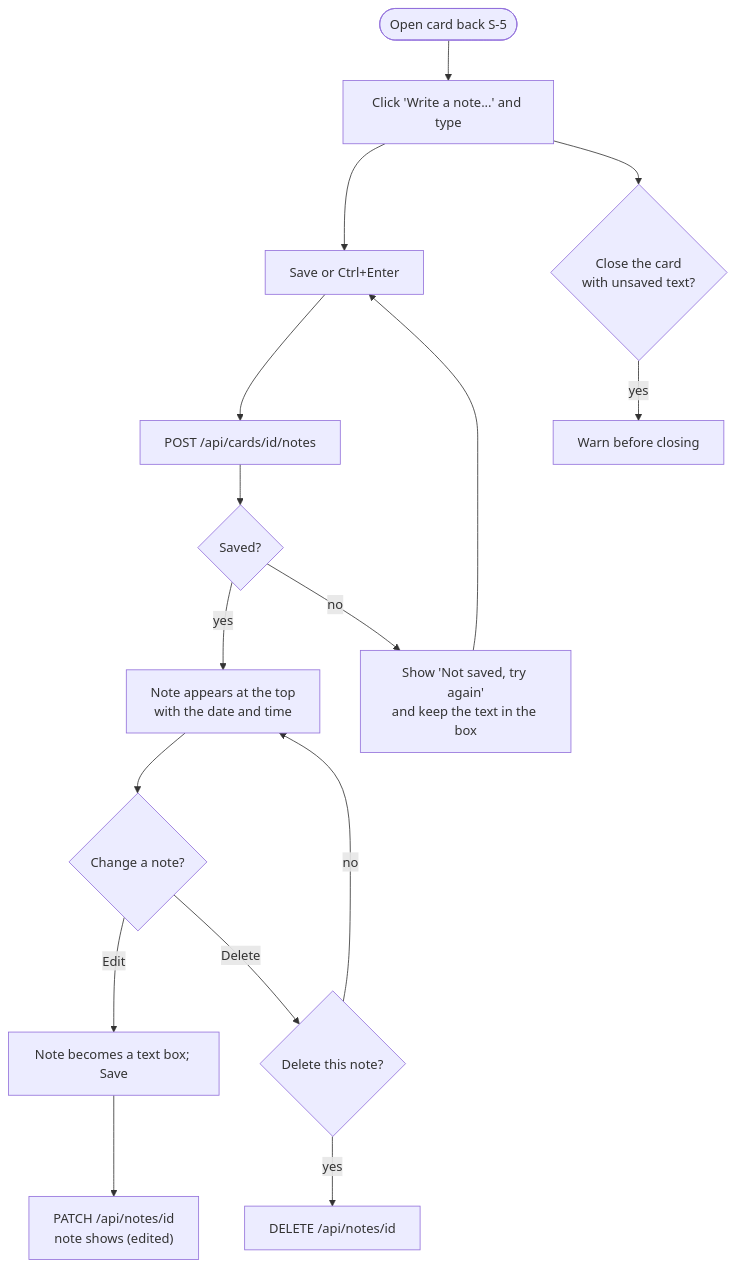
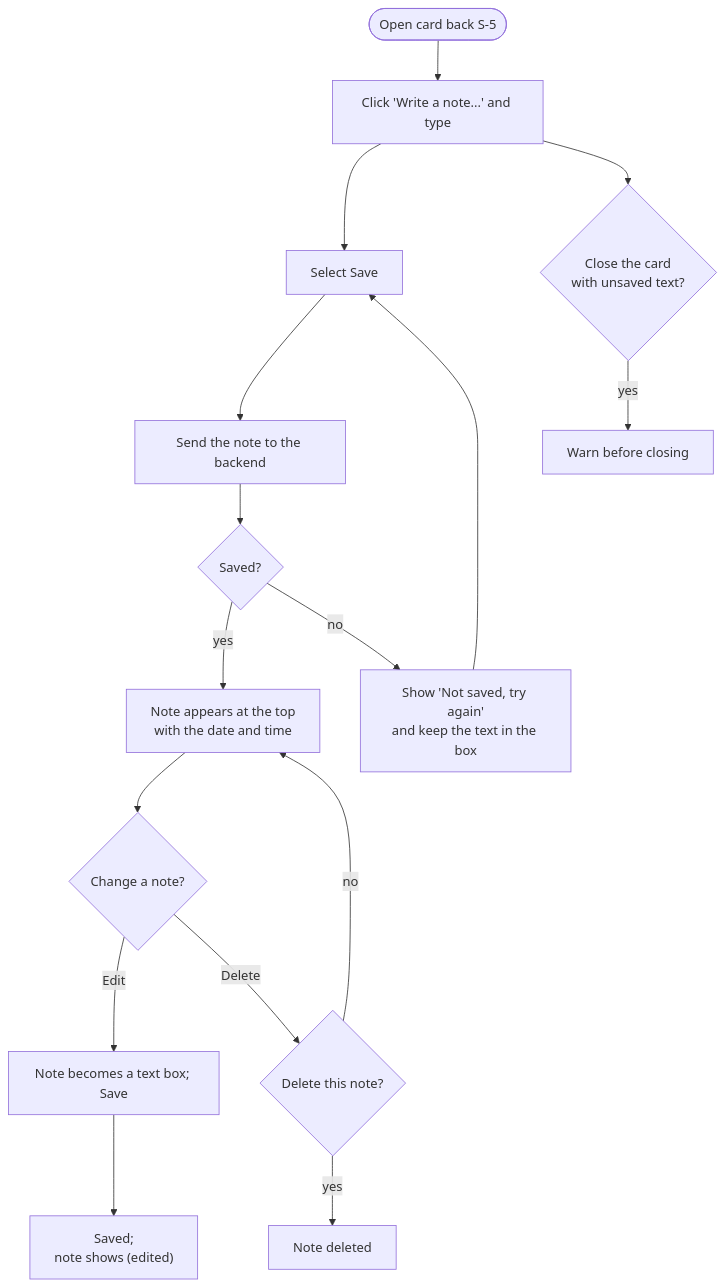
One commit to bbranton/TestProj changed the fifth of 9 diagrams in docs/canvas-portal/04-ui-specification.md. Above: the diagram before and after it, drawn with Mermaid. The commit also changed other lines of this file, not shown here.

````diff
--- a/docs/canvas-portal/04-ui-specification.md
+++ b/docs/canvas-portal/04-ui-specification.md
@@ -464,17 +603,17 @@
 ```mermaid
 flowchart TD
     A([Open card back S-5]) --> B[Click 'Write a note...' and type]
-    B --> C[Save or Ctrl+Enter]
-    C --> D[POST /api/cards/id/notes]
+    B --> C[Select Save]
+    C --> D[Send the note to the backend]
     D --> E{Saved?}
     E -- yes --> F[Note appears at the top<br/>with the date and time]
     E -- no --> G[Show 'Not saved, try again'<br/>and keep the text in the box]
     G --> C
     F --> H{Change a note?}
-    H -- Edit --> I[Note becomes a text box; Save] --> J["PATCH /api/notes/id<br/>note shows (edited)"]
+    H -- Edit --> I[Note becomes a text box; Save] --> J["Saved;<br/>note shows (edited)"]
     H -- Delete --> K{Delete this note?}
-    K -- yes --> L[DELETE /api/notes/id]
+    K -- yes --> L[Note deleted]
     K -- no --> F
     B --> M{Close the card<br/>with unsaved text?}
     M -- yes --> N[Warn before closing]
 ```
````
